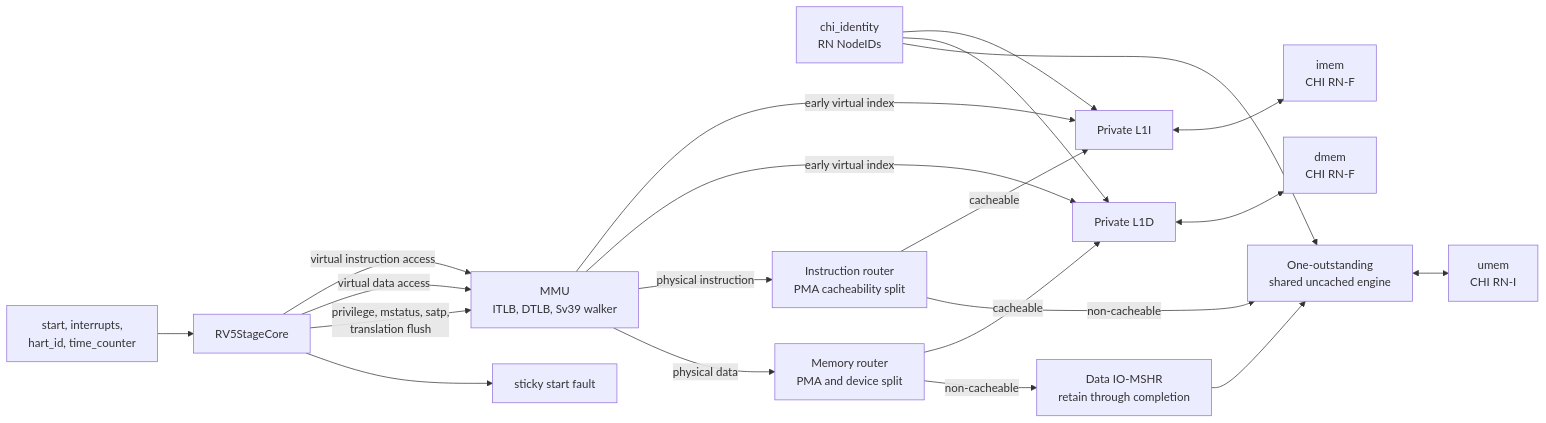
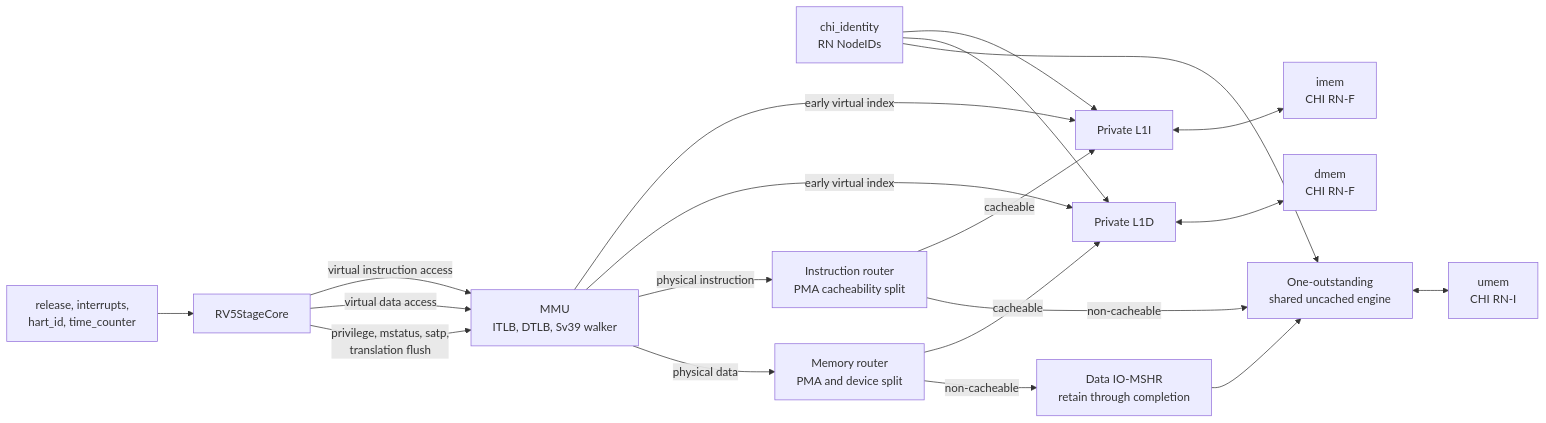
The second of 2 diagrams in cores/rv5stage/README.md (jerryz123/rhodium), drawn with Mermaid before and after one commit. The commit also changed other lines of this file and 51 other files, not shown here.

````diff
--- a/cores/rv5stage/README.md
+++ b/cores/rv5stage/README.md
@@ -299,27 +299,26 @@
 ```mermaid
 flowchart LR
-    START["start, interrupts,<br/>hart_id, time_counter"] --> CORE["RV5StageCore"]
+    RELEASE["release, interrupts,<br/>hart_id, time_counter"] --> CORE["RV5StageCore"]
     IDENTITY["chi_identity<br/>RN NodeIDs"] --> L1I
     IDENTITY --> L1D
     IDENTITY --> UNCACHED
 
     CORE -->|"virtual instruction access"| MMU["MMU<br/>ITLB, DTLB, Sv39 walker"]
     CORE -->|"virtual data access"| MMU
     CORE -->|"privilege, mstatus, satp,<br/>translation flush"| MMU
     MMU -->|"early virtual index"| L1I
     MMU -->|"early virtual index"| L1D
 
     MMU -->|"physical instruction"| IROUTER["Instruction router<br/>PMA cacheability split"]
     IROUTER -->|"cacheable"| L1I["Private L1I"]
     IROUTER -->|"non-cacheable"| UNCACHED["One-outstanding<br/>shared uncached engine"]
     MMU -->|"physical data"| ROUTER["Memory router<br/>PMA and device split"]
     ROUTER -->|"cacheable"| L1D["Private L1D"]
     ROUTER -->|"non-cacheable"| IOMSHR["Data IO-MSHR<br/>retain through completion"]
     IOMSHR --> UNCACHED
 
     L1I <--> IMEM["imem<br/>CHI RN-F"]
     L1D <--> DMEM["dmem<br/>CHI RN-F"]
     UNCACHED <--> UMEM["umem<br/>CHI RN-I"]
 
-    CORE --> FAULT["sticky start fault"]
 ```
````
